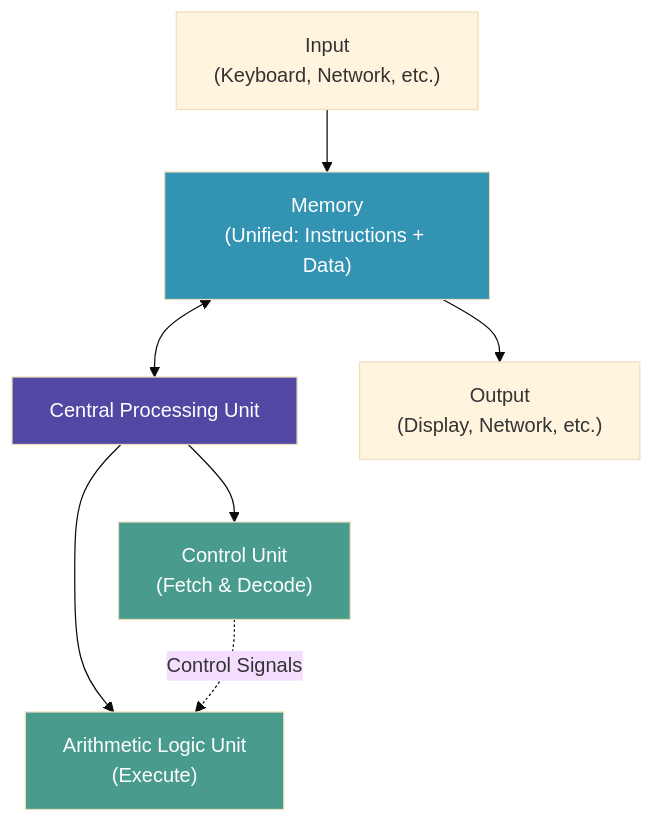
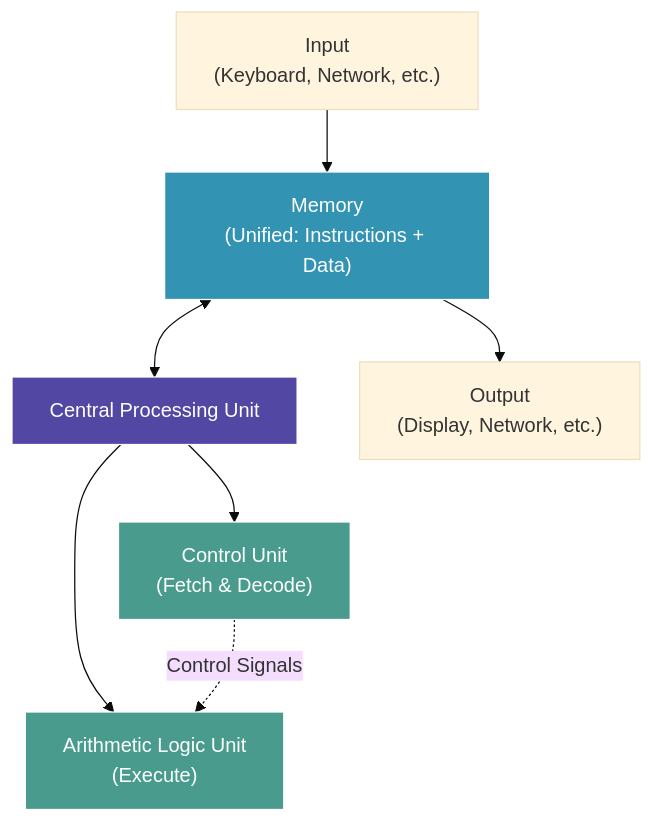
Before and after one commit to tenstorrent/tt-vscode-toolkit: the first of 3 diagrams in content/lessons/cs-fundamentals-01-computer.md, drawn with Mermaid (base theme). The commit also changed 37 other files, not shown here.

````diff
--- a/content/lessons/cs-fundamentals-01-computer.md
+++ b/content/lessons/cs-fundamentals-01-computer.md
@@ -51,21 +51,21 @@
 ```mermaid
 flowchart TD
     MEM["Memory<br/>(Unified: Instructions + Data)"]
     CPU["Central Processing Unit"]
     CU["Control Unit<br/>(Fetch & Decode)"]
     ALU["Arithmetic Logic Unit<br/>(Execute)"]
     INPUT["Input<br/>(Keyboard, Network, etc.)"]
     OUTPUT["Output<br/>(Display, Network, etc.)"]
 
     INPUT --> MEM
     MEM <--> CPU
     CPU --> CU
     CPU --> ALU
     CU -.->|Control Signals| ALU
     MEM --> OUTPUT
 
-    style MEM fill:#3293b2,color:#fff
-    style CPU fill:#5347a4,color:#fff
-    style CU fill:#499c8d,color:#fff
-    style ALU fill:#499c8d,color:#fff
+    style MEM fill:#3293b2,stroke:#fff,color:#fff
+    style CPU fill:#5347a4,stroke:#fff,color:#fff
+    style CU fill:#499c8d,stroke:#fff,color:#fff
+    style ALU fill:#499c8d,stroke:#fff,color:#fff
 ```
````
